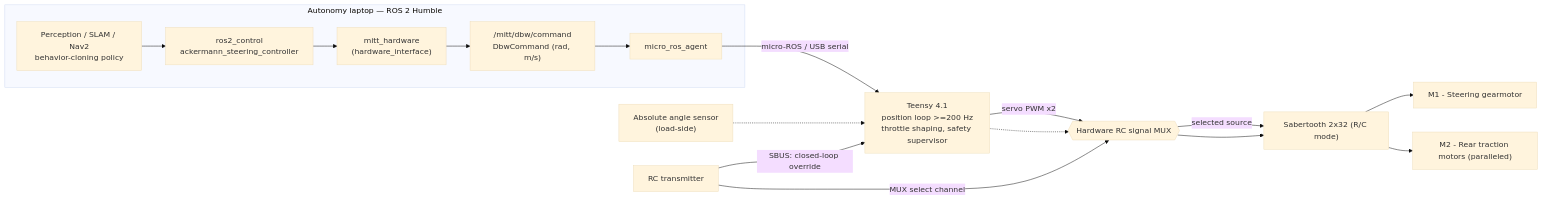
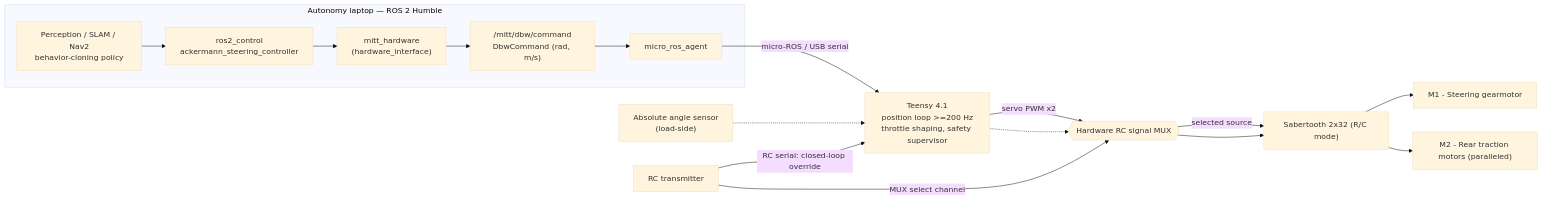
One commit to jrkwon/mrider changed the first of 3 diagrams in docs/design/architecture.md. Above: the diagram before and after it, drawn with Mermaid (base theme). The commit also changed other lines of this file and 26 other files, not shown here.

````diff
--- a/docs/design/architecture.md
+++ b/docs/design/architecture.md
@@ -101,25 +101,25 @@
 ```mermaid
 flowchart LR
     subgraph LAPTOP["Autonomy laptop — ROS 2 Humble"]
         AUT["Perception / SLAM / Nav2<br/>behavior-cloning policy"]
         RC2["ros2_control<br/>ackermann_steering_controller"]
         HW["mitt_hardware<br/>(hardware_interface)"]
         CMD["/mitt/dbw/command<br/>DbwCommand (rad, m/s)"]
         AGENT["micro_ros_agent"]
         AUT --> RC2 --> HW --> CMD --> AGENT
     end
 
     AGENT -- "micro-ROS / USB serial" --> TEENSY["Teensy 4.1<br/>position loop >=200 Hz<br/>throttle shaping, safety supervisor"]
 
     TEENSY -- "servo PWM x2" --> SMUX
     SMUX -- "selected source" --> SABER["Sabertooth 2x32 (R/C mode)"]
     SABER --> STEERM["M1 - Steering gearmotor"]
     SABER --> DRIVEM["M2 - Rear traction motors (paralleled)"]
 
     ANG["Absolute angle sensor<br/>(load-side)"] -.-> TEENSY
 
-    RC["RC transmitter"] -- "SBUS: closed-loop override" --> TEENSY
+    RC["RC transmitter"] -- "RC serial: closed-loop override" --> TEENSY
     RC -- "MUX select channel" --> SMUX{{"Hardware RC signal MUX"}}
     TEENSY -.-> SMUX
     SMUX --> SABER
 ```
````
